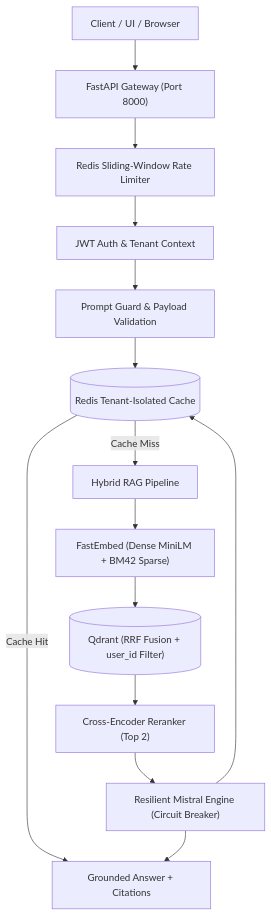
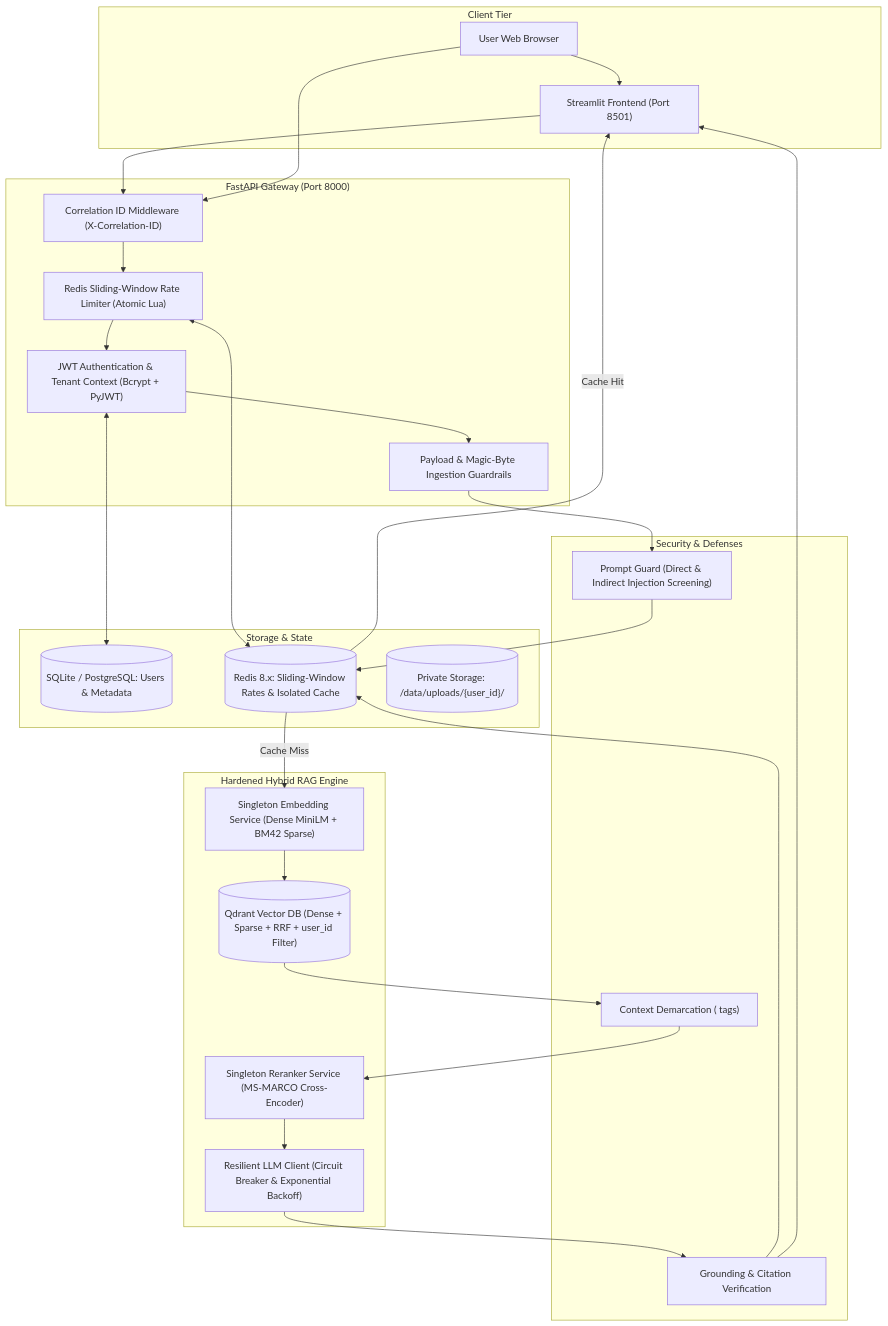
Before and after one commit to Lemniscate-2525/Hybrid_RAG: the first of 3 diagrams in README.md, drawn with Mermaid. The commit also changed other lines of this file and 17 other files, not shown here.

Commit message:
feat: productionize hybrid RAG with multi-tenancy, OpenRouter support, consolidated architecture, and complete test suite

````diff
--- a/README.md
+++ b/README.md
@@ -28,16 +57,55 @@
 ```mermaid
 flowchart TD
-    Client["Client / UI / Browser"] --> Gateway["FastAPI Gateway (Port 8000)"]
-    Gateway --> RateLimiter["Redis Sliding-Window Rate Limiter"]
-    RateLimiter --> Auth["JWT Auth & Tenant Context"]
-    Auth --> Guard["Prompt Guard & Payload Validation"]
-    Guard --> Cache[("Redis Tenant-Isolated Cache")]
-    Cache -->|Cache Hit| Response["Grounded Answer + Citations"]
-    Cache -->|Cache Miss| Core["Hybrid RAG Pipeline"]
-    Core --> Embed["FastEmbed (Dense MiniLM + BM42 Sparse)"]
-    Embed --> Qdrant[("Qdrant (RRF Fusion + user_id Filter)")]
-    Qdrant --> Rerank["Cross-Encoder Reranker (Top 2)"]
-    Rerank --> Mistral["Resilient Mistral Engine (Circuit Breaker)"]
-    Mistral --> Cache
-    Mistral --> Response
+    subgraph ClientTier["Client Tier"]
+        Browser["User Web Browser"]
+        StreamlitUI["Streamlit Frontend (Port 8501)"]
+    end
+
+    subgraph Gateway["FastAPI Gateway (Port 8000)"]
+        CorrelationMW["Correlation ID Middleware (X-Correlation-ID)"]
+        RateLimiter["Redis Sliding-Window Rate Limiter (Atomic Lua)"]
+        AuthMiddleware["JWT Authentication & Tenant Context (Bcrypt + PyJWT)"]
+        ValidationMW["Payload & Magic-Byte Ingestion Guardrails"]
+    end
+
+    subgraph SecurityShield["Security & Defenses"]
+        PromptGuard["Prompt Guard (Direct & Indirect Injection Screening)"]
+        ContextIsolator["Context Demarcation (<retrieved_evidence> tags)"]
+        CitationVerifier["Grounding & Citation Verification"]
+    end
+
+    subgraph Persistence["Storage & State"]
+        RelationalDB[("SQLite / PostgreSQL: Users & Metadata")]
+        RedisStore[("Redis 8.x: Sliding-Window Rates & Isolated Cache")]
+        FileSystem[("Private Storage: /data/uploads/{user_id}/")]
+    end
+
+    subgraph CoreEngine["Hardened Hybrid RAG Engine"]
+        EmbedService["Singleton Embedding Service (Dense MiniLM + BM42 Sparse)"]
+        QdrantEngine[("Qdrant Vector DB (Dense + Sparse + RRF + user_id Filter)")]
+        RerankService["Singleton Reranker Service (MS-MARCO Cross-Encoder)"]
+        ResilientLLM["Resilient LLM Client (Circuit Breaker & Exponential Backoff)"]
+    end
+
+    Browser --> StreamlitUI
+    StreamlitUI --> CorrelationMW
+    Browser --> CorrelationMW
+    CorrelationMW --> RateLimiter
+    RateLimiter <--> RedisStore
+    RateLimiter --> AuthMiddleware
+    AuthMiddleware <--> RelationalDB
+    AuthMiddleware --> ValidationMW
+    ValidationMW --> PromptGuard
+
+    PromptGuard --> RedisStore
+    RedisStore -->|Cache Hit| StreamlitUI
+    RedisStore -->|Cache Miss| EmbedService
+
+    EmbedService --> QdrantEngine
+    QdrantEngine --> ContextIsolator
+    ContextIsolator --> RerankService
+    RerankService --> ResilientLLM
+    ResilientLLM --> CitationVerifier
+    CitationVerifier --> RedisStore
+    CitationVerifier --> StreamlitUI
 ```
````
